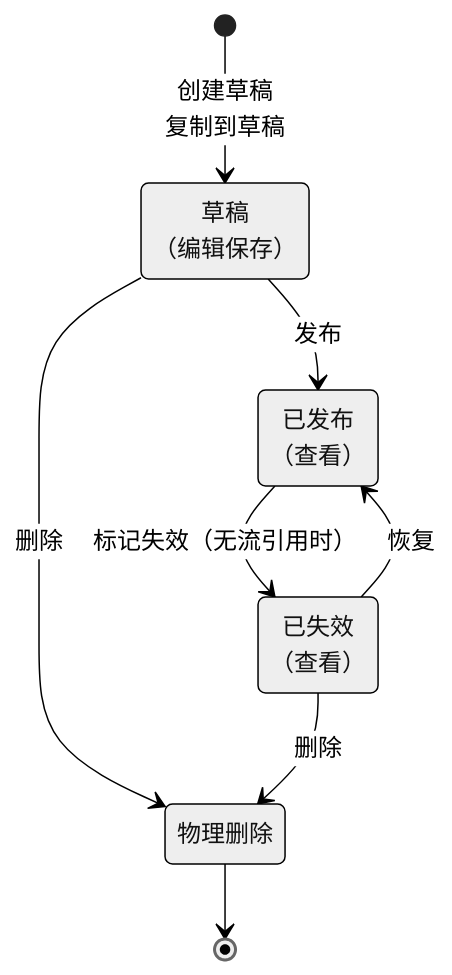
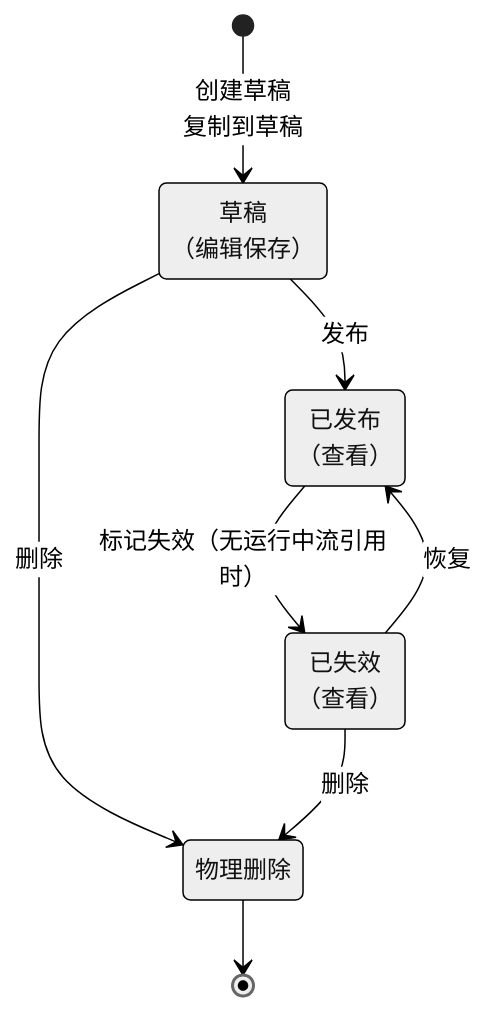
One commit to THZSummer/open-app changed the third of 6 diagrams in .sddu/specs-tree-root/specs-tree-connector-platform-v3/spec.md. Above: the diagram before and after it, drawn with Mermaid (neutral theme). The commit also changed other lines of this file and 6 other files, not shown here.

````diff
--- a/.sddu/specs-tree-root/specs-tree-connector-platform-v3/spec.md
+++ b/.sddu/specs-tree-root/specs-tree-connector-platform-v3/spec.md
@@ -249,14 +249,14 @@
 ```mermaid
 stateDiagram-v2
     state "草稿<br/>（编辑保存）" as 草稿
     state "已发布<br/>（查看）" as 已发布
     state "已失效<br/>（查看）" as 已失效
 
     [*] --> 草稿 : 创建草稿<br/>复制到草稿
     草稿 --> 已发布 : 发布
-    已发布 --> 已失效 : 标记失效（无流引用时）
+     已发布 --> 已失效 : 标记失效（无运行中流引用时）
     已失效 --> 已发布 : 恢复
     草稿 --> 物理删除 : 删除
     已失效 --> 物理删除 : 删除
     物理删除 --> [*]
 ```
````
